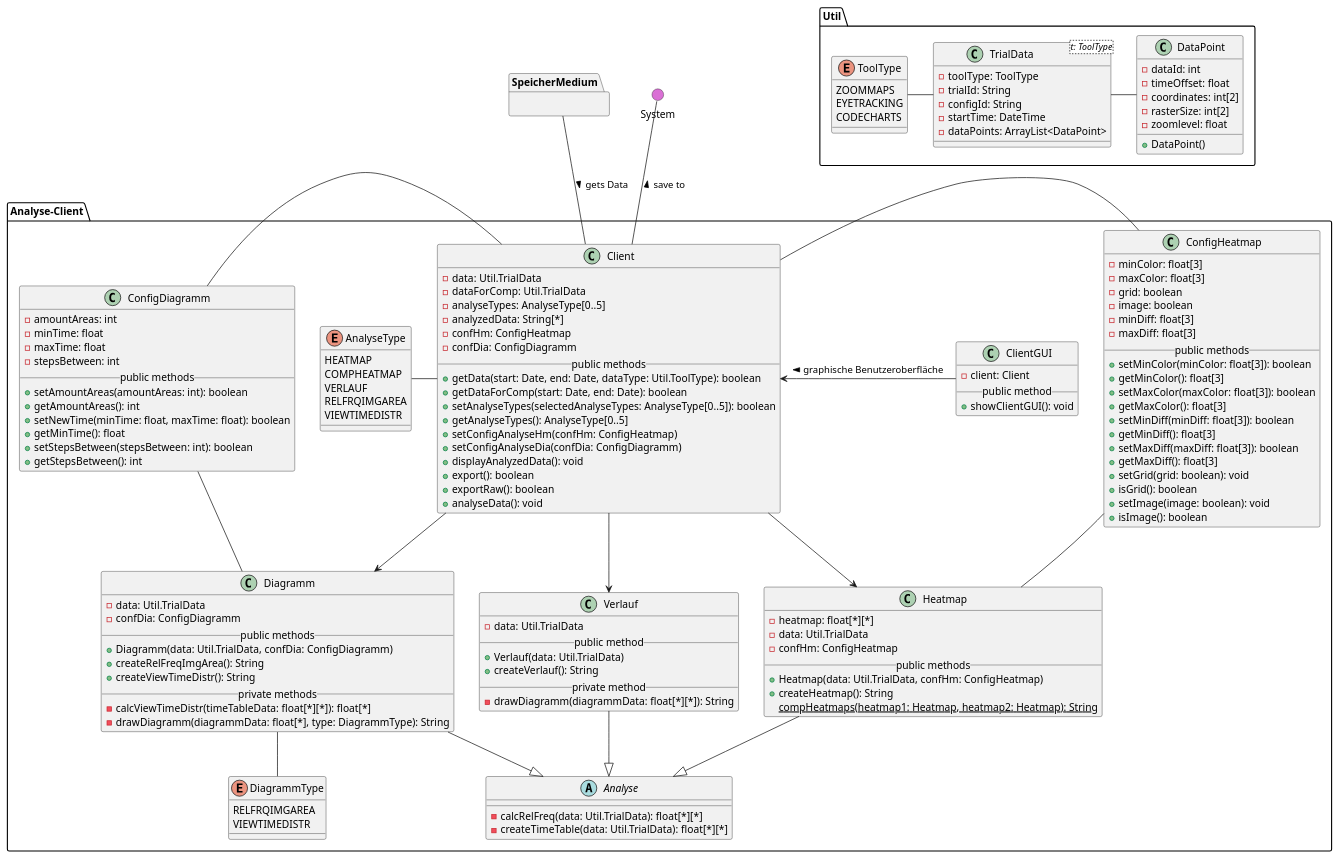
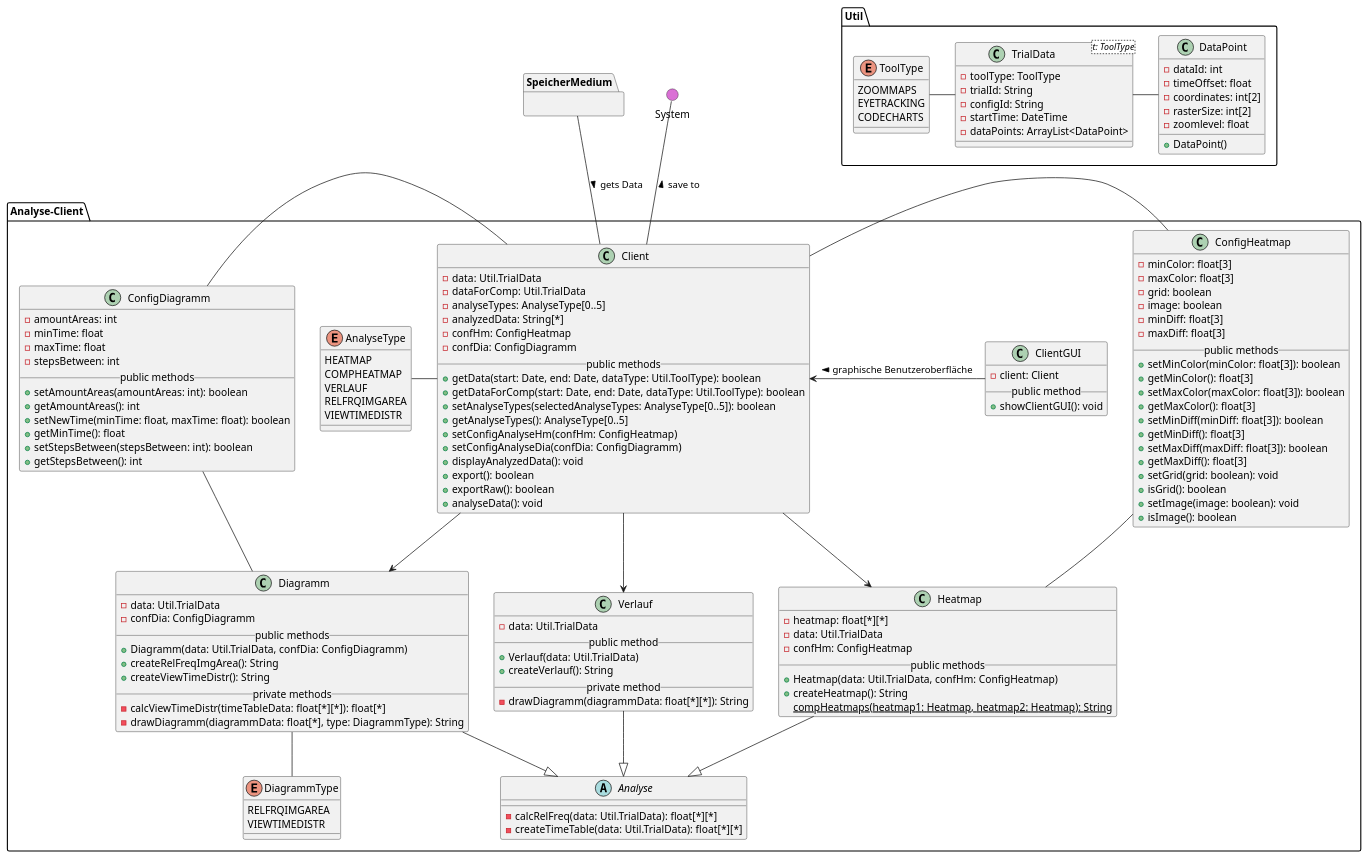
Before and after one commit to weichware-10/dokumente: the diagram in uml-class/analyseclient/analyseclient.puml, drawn with PlantUML.

Commit message:
[docs] fix getDataForComp

```diff
--- a/uml-class/analyseclient/analyseclient.puml
+++ b/uml-class/analyseclient/analyseclient.puml
@@ -1,188 +1,188 @@
 @startuml analyseclient
 
 ' === ANALYSE CLIENT ===
 package Analyse-Client{
 
     ' Client
     class Client {
         - data: Util.TrialData
         - dataForComp: Util.TrialData
         - analyseTypes: AnalyseType[0..5]
         - analyzedData: String[*]
         - confHm: ConfigHeatmap
         - confDia: ConfigDiagramm
         __public methods__
         + getData(start: Date, end: Date, dataType: Util.ToolType): boolean
-        + getDataForComp(start: Date, end: Date): boolean
+        + getDataForComp(start: Date, end: Date, dataType: Util.ToolType): boolean
         + setAnalyseTypes(selectedAnalyseTypes: AnalyseType[0..5]): boolean
         + getAnalyseTypes(): AnalyseType[0..5]
         + setConfigAnalyseHm(confHm: ConfigHeatmap)
         + setConfigAnalyseDia(confDia: ConfigDiagramm)
         + displayAnalyzedData(): void
         + export(): boolean
         + exportRaw(): boolean
         + analyseData(): void
     }
 
     ' Analyse
     abstract Analyse {
         - calcRelFreq(data: Util.TrialData): float[*][*]
         - createTimeTable(data: Util.TrialData): float[*][*]
     }
 
     ' Heatmap
     class Heatmap {
         - heatmap: float[*][*]
         - data: Util.TrialData
         - confHm: ConfigHeatmap
         __public methods__
         + Heatmap(data: Util.TrialData, confHm: ConfigHeatmap) 
         + createHeatmap(): String
         {static} compHeatmaps(heatmap1: Heatmap, heatmap2: Heatmap): String
     }
 
     ' Verlauf
     class Verlauf {
         - data: Util.TrialData
         __public method__
         + Verlauf(data: Util.TrialData)
         + createVerlauf(): String
         __private method__
         - drawDiagramm(diagrammData: float[*][*]): String
     }
 
     ' Diagramm
     class Diagramm {
         - data: Util.TrialData
         - confDia: ConfigDiagramm
         __public methods__
         + Diagramm(data: Util.TrialData, confDia: ConfigDiagramm)
         + createRelFreqImgArea(): String
         + createViewTimeDistr(): String
         __private methods__
         - calcViewTimeDistr(timeTableData: float[*][*]): float[*]
         - drawDiagramm(diagrammData: float[*], type: DiagrammType): String
     }
 
     ' ConfigDiagramm
     class ConfigDiagramm {
         - amountAreas: int
         - minTime: float
         - maxTime: float
         - stepsBetween: int
         __public methods__
         + setAmountAreas(amountAreas: int): boolean
         + getAmountAreas(): int
         + setNewTime(minTime: float, maxTime: float): boolean
         + getMinTime(): float
         + setStepsBetween(stepsBetween: int): boolean
         + getStepsBetween(): int
     }
 
     ' ConfigHeatmap
     class ConfigHeatmap {
         - minColor: float[3]
         - maxColor: float[3]
         - grid: boolean
         - image: boolean
         - minDiff: float[3]
         - maxDiff: float[3]
         __public methods__
         + setMinColor(minColor: float[3]): boolean
         + getMinColor(): float[3]
         + setMaxColor(maxColor: float[3]): boolean
         + getMaxColor(): float[3]
         + setMinDiff(minDiff: float[3]): boolean
         + getMinDiff(): float[3]
         + setMaxDiff(maxDiff: float[3]): boolean
         + getMaxDiff(): float[3]
         + setGrid(grid: boolean): void
         + isGrid(): boolean
         + setImage(image: boolean): void
         + isImage(): boolean
     }
 
     ' DiagrammType
     enum DiagrammType {
         RELFRQIMGAREA
         VIEWTIMEDISTR 
     }
 
     ' Type
     enum AnalyseType {
         HEATMAP
         COMPHEATMAP
         VERLAUF
         RELFRQIMGAREA
         VIEWTIMEDISTR
     }
 
     ' ClientGUI
     class ClientGUI {
         - client: Client
         __public method__
         + showClientGUI(): void
     }
 
     ' Vererbung
     Analyse <|-u- Heatmap
     Analyse <|-u- Verlauf
     Analyse <|-u- Diagramm
 
     ' Interaktionen
     Client -d-> Heatmap
     Client -d-> Verlauf
     Client -d-> Diagramm
     Client -l- AnalyseType
     Client <-r- ClientGUI : < graphische Benutzeroberfläche
     Diagramm -- DiagrammType
     ConfigDiagramm -- Diagramm
     ConfigDiagramm -r- Client
     ConfigHeatmap -- Heatmap
     ConfigHeatmap -l- Client
 
 }
 
 ' Blackbox
 package SpeicherMedium {}
 
 package Util {
 
     ' Typen der erhobenen Daten
     enum ToolType {
         ZOOMMAPS
         EYETRACKING
         CODECHARTS
     }
 
     ' TrialData
     class TrialData<t: ToolType> {
         - toolType: ToolType
         - trialId: String
         - configId: String
         - startTime: DateTime
         - dataPoints: ArrayList<DataPoint>
     }
 
     ' DataPoints
     class DataPoint {
         - dataId: int
         - timeOffset: float
         - coordinates: int[2]
         - rasterSize: int[2]
         - zoomlevel: float
         + DataPoint()
     }
 
     ' Interaktionen
     TrialData -l- ToolType
     TrialData - DataPoint
 }
 
 () System #DA70D5
 
 ' Interaktionen
 Client -u- System: > save to
 Client -u- SpeicherMedium : < gets Data
 
 @enduml
```
